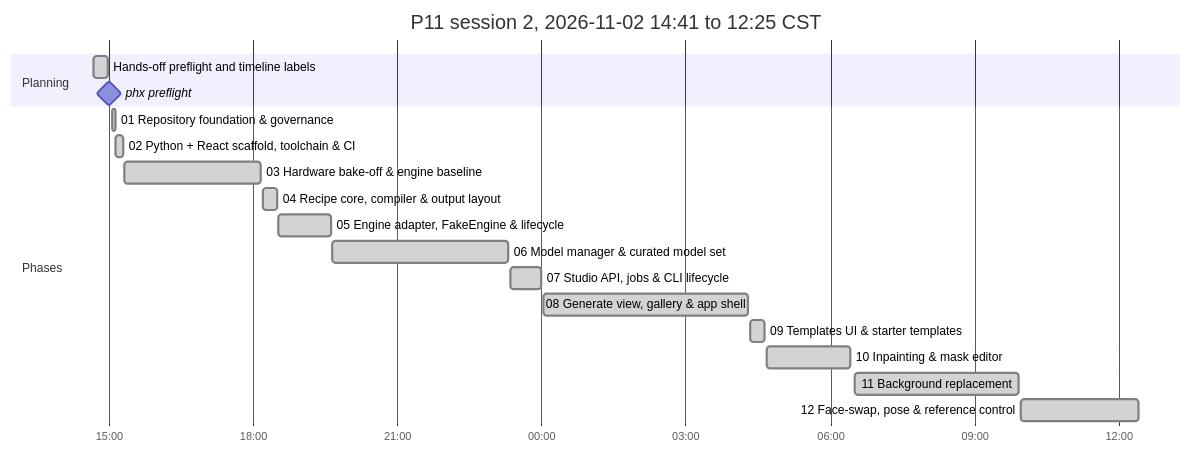
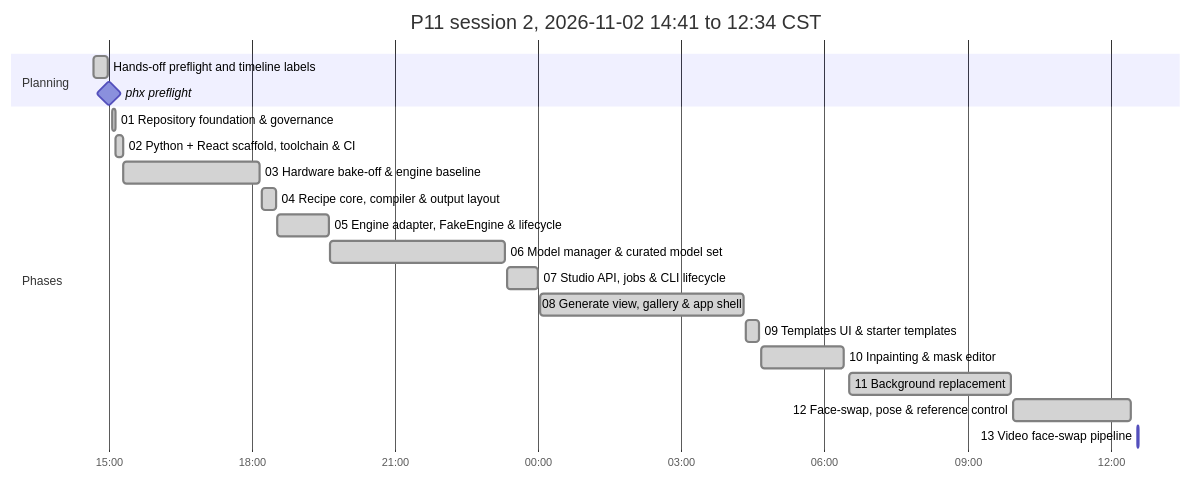
The second of 2 diagrams in P11_IMPLEMENTATION_PLAN.md (antonizick/project1111), drawn with Mermaid before and after one commit. The commit also changed other lines of this file and 1 other file, not shown here.

Commit message:
docs(plan): refresh timeline

````diff
--- a/P11_IMPLEMENTATION_PLAN.md
+++ b/P11_IMPLEMENTATION_PLAN.md
@@ -74,22 +74,23 @@
 ```mermaid
 gantt
-    title P11 session 2, 2026-11-02 14:41 to 12:25 CST
+    title P11 session 2, 2026-11-02 14:41 to 12:34 CST
     dateFormat YYYY-MM-DD HH:mm
     axisFormat %H:%M
     section Planning
     Hands-off preflight and timeline labels :done, plan3, 2026-11-02 14:41, 2026-11-02 14:59
     phx preflight :milestone, pf13ee0d5, 2026-11-02 15:00, 0m
     section Phases
     01 Repository foundation & governance :done, p01s2, 2026-11-02 15:05, 2026-11-02 15:08
     02 Python + React scaffold, toolchain & CI :done, p02s2, 2026-11-02 15:09, 2026-11-02 15:18
     03 Hardware bake-off & engine baseline :done, p03s2, 2026-11-02 15:19, 2026-11-02 18:10
     04 Recipe core, compiler & output layout :done, p04s2, 2026-11-02 18:12, 2026-11-02 18:30
     05 Engine adapter, FakeEngine & lifecycle :done, p05s2, 2026-11-02 18:32, 2026-11-02 19:37
     06 Model manager & curated model set :done, p06s2, 2026-11-02 19:39, 2026-11-02 23:18
     07 Studio API, jobs & CLI lifecycle :done, p07s2, 2026-11-02 23:21, 2026-11-03 00:00
     08 Generate view, gallery & app shell :done, p08s2, 2026-11-03 00:03, 2026-11-03 04:18
     09 Templates UI & starter templates :done, p09s2, 2026-11-03 04:21, 2026-11-03 04:38
     10 Inpainting & mask editor :done, p10s2, 2026-11-03 04:41, 2026-11-03 06:25
     11 Background replacement :done, p11s2, 2026-11-03 06:31, 2026-11-03 09:55
     12 Face-swap, pose & reference control :done, p12s2, 2026-11-03 09:58, 2026-11-03 12:25
+    13 Video face-swap pipeline :active, p13s2, 2026-11-03 12:34, 2026-11-03 12:35
 ```
````
